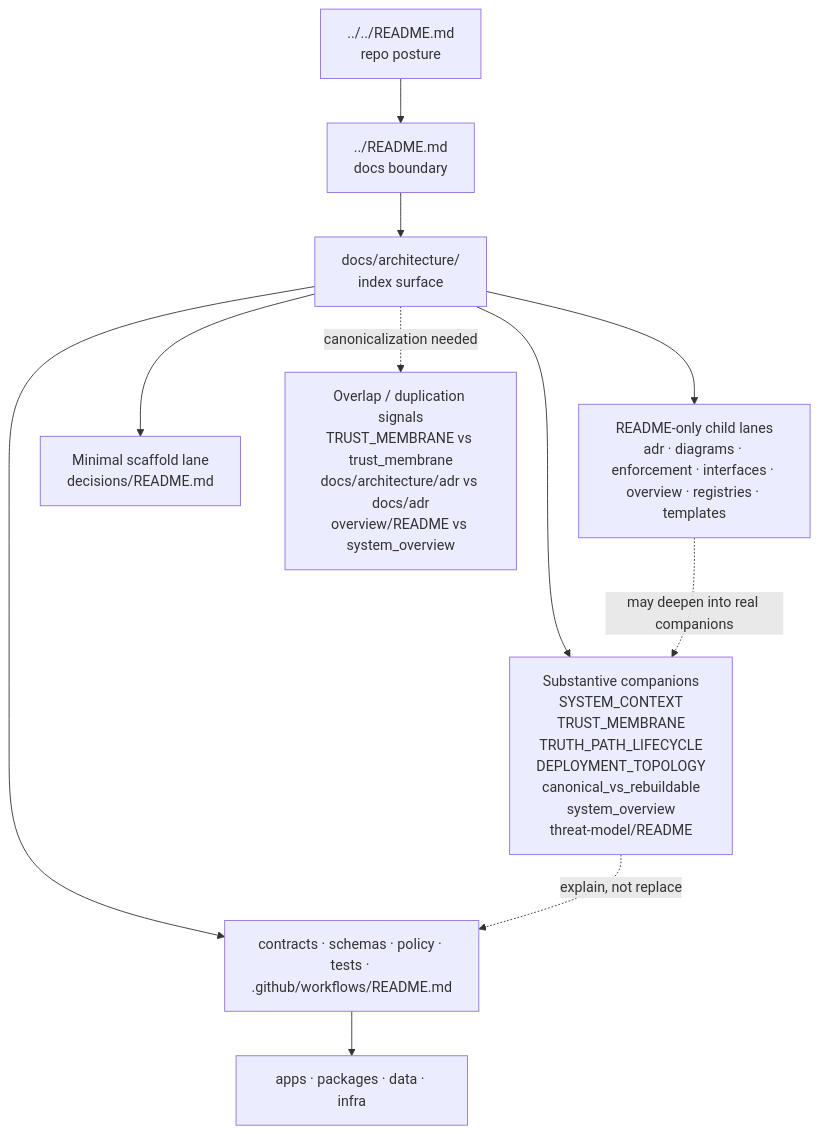
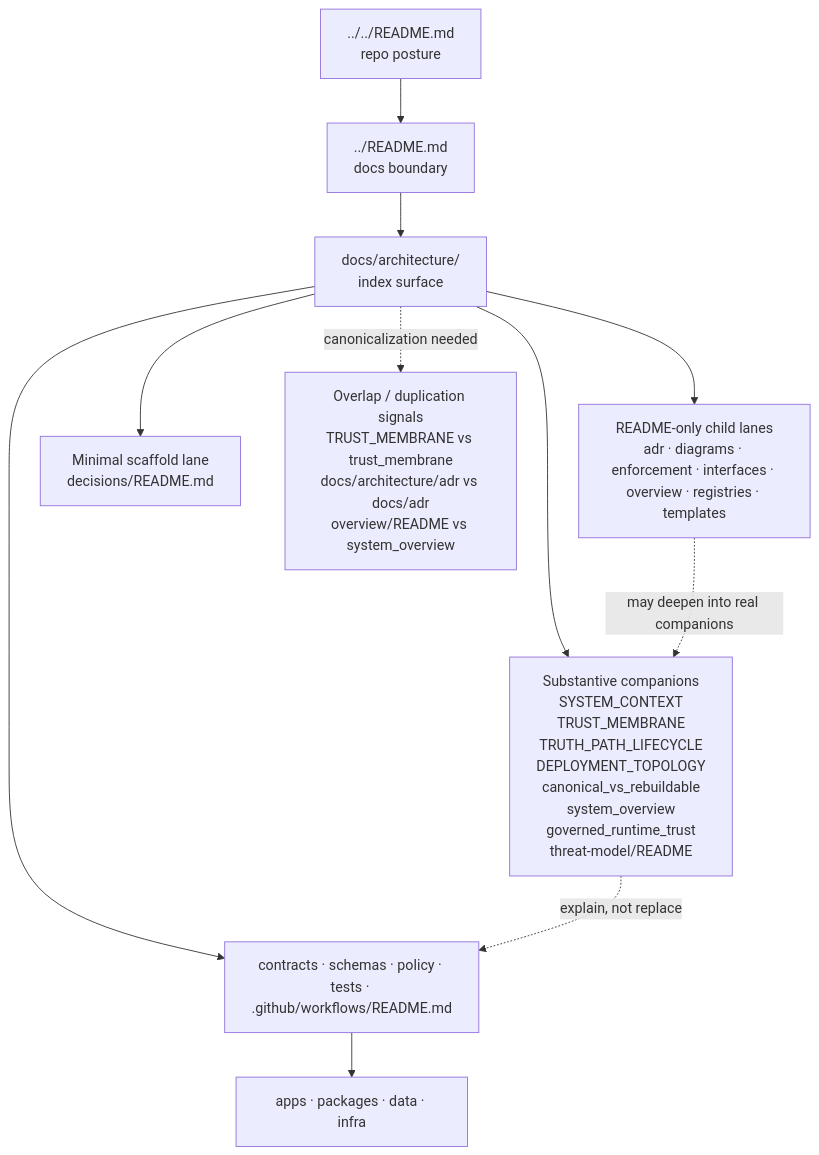
Before and after one commit to bartytime4life/Kansas-Frontier-Matrix: the diagram in docs/architecture/README.md, drawn with Mermaid. The commit also changed other lines of this file, not shown here.

````diff
--- a/docs/architecture/README.md
+++ b/docs/architecture/README.md
@@ -350,15 +407,15 @@
 ```mermaid
 flowchart TB
   Root["../../README.md<br/>repo posture"] --> Docs["../README.md<br/>docs boundary"]
   Docs --> Arch["docs/architecture/<br/>index surface"]
 
-  Arch --> Core["Substantive companions<br/>SYSTEM_CONTEXT<br/>TRUST_MEMBRANE<br/>TRUTH_PATH_LIFECYCLE<br/>DEPLOYMENT_TOPOLOGY<br/>canonical_vs_rebuildable<br/>system_overview<br/>threat-model/README"]
+  Arch --> Core["Substantive companions<br/>SYSTEM_CONTEXT<br/>TRUST_MEMBRANE<br/>TRUTH_PATH_LIFECYCLE<br/>DEPLOYMENT_TOPOLOGY<br/>canonical_vs_rebuildable<br/>system_overview<br/>governed_runtime_trust<br/>threat-model/README"]
   Arch --> Lanes["README-only child lanes<br/>adr · diagrams · enforcement · interfaces · overview · registries · templates"]
   Arch --> Minimal["Minimal scaffold lane<br/>decisions/README.md"]
   Arch --> Machine["contracts · schemas · policy · tests · .github/workflows/README.md"]
   Machine --> Runtime["apps · packages · data · infra"]
 
   Arch -. canonicalization needed .-> Ambiguity["Overlap / duplication signals<br/>TRUST_MEMBRANE vs trust_membrane<br/>docs/architecture/adr vs docs/adr<br/>overview/README vs system_overview"]
   Core -. explain, not replace .-> Machine
   Lanes -. may deepen into real companions .-> Core
 ```
````
